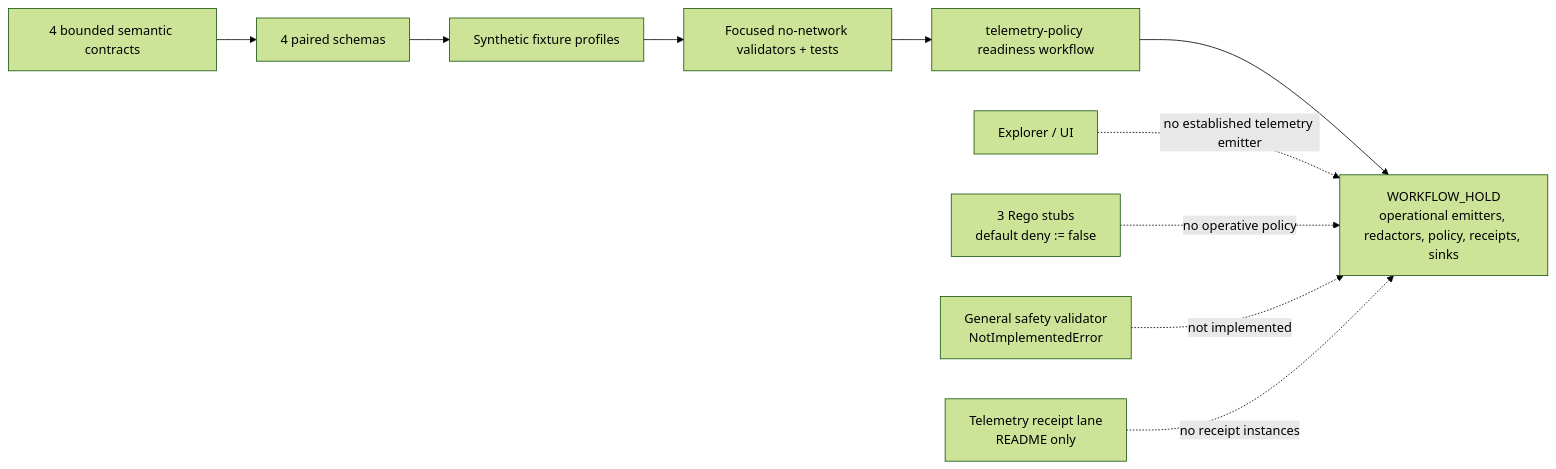
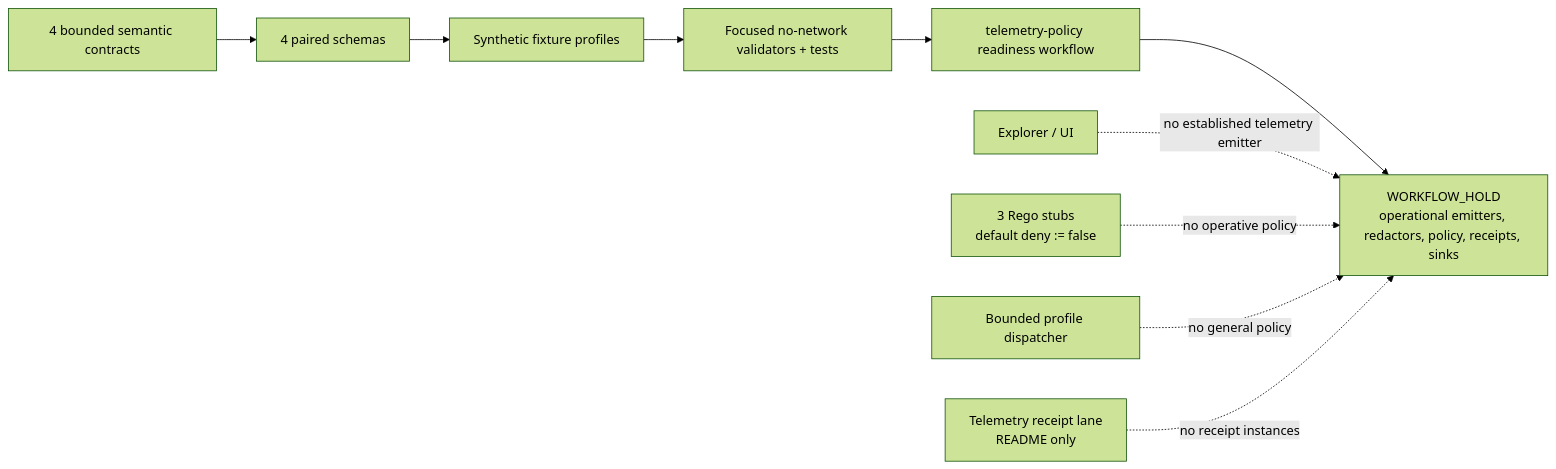
Before and after one commit to bartytime4life/Kansas-Frontier-Matrix: the first of 2 diagrams in docs/architecture/ui/TELEMETRY.md, drawn with Mermaid (forest theme). The commit also changed other lines of this file and 10 other files, not shown here.

````diff
--- a/docs/architecture/ui/TELEMETRY.md
+++ b/docs/architecture/ui/TELEMETRY.md
@@ -406,13 +405,13 @@
 ```mermaid
 flowchart LR
     C["4 bounded semantic contracts"] --> S["4 paired schemas"]
     S --> F["Synthetic fixture profiles"]
     F --> V["Focused no-network validators + tests"]
     V --> W["telemetry-policy readiness workflow"]
     W --> H["WORKFLOW_HOLD\noperational emitters, redactors, policy, receipts, sinks"]
 
     UI["Explorer / UI"] -. "no established telemetry emitter" .-> H
     P["3 Rego stubs\ndefault deny := false"] -. "no operative policy" .-> H
-    G["General safety validator\nNotImplementedError"] -. "not implemented" .-> H
+    G["Bounded profile dispatcher"] -. "no general policy" .-> H
     R["Telemetry receipt lane\nREADME only"] -. "no receipt instances" .-> H
 ```
````
